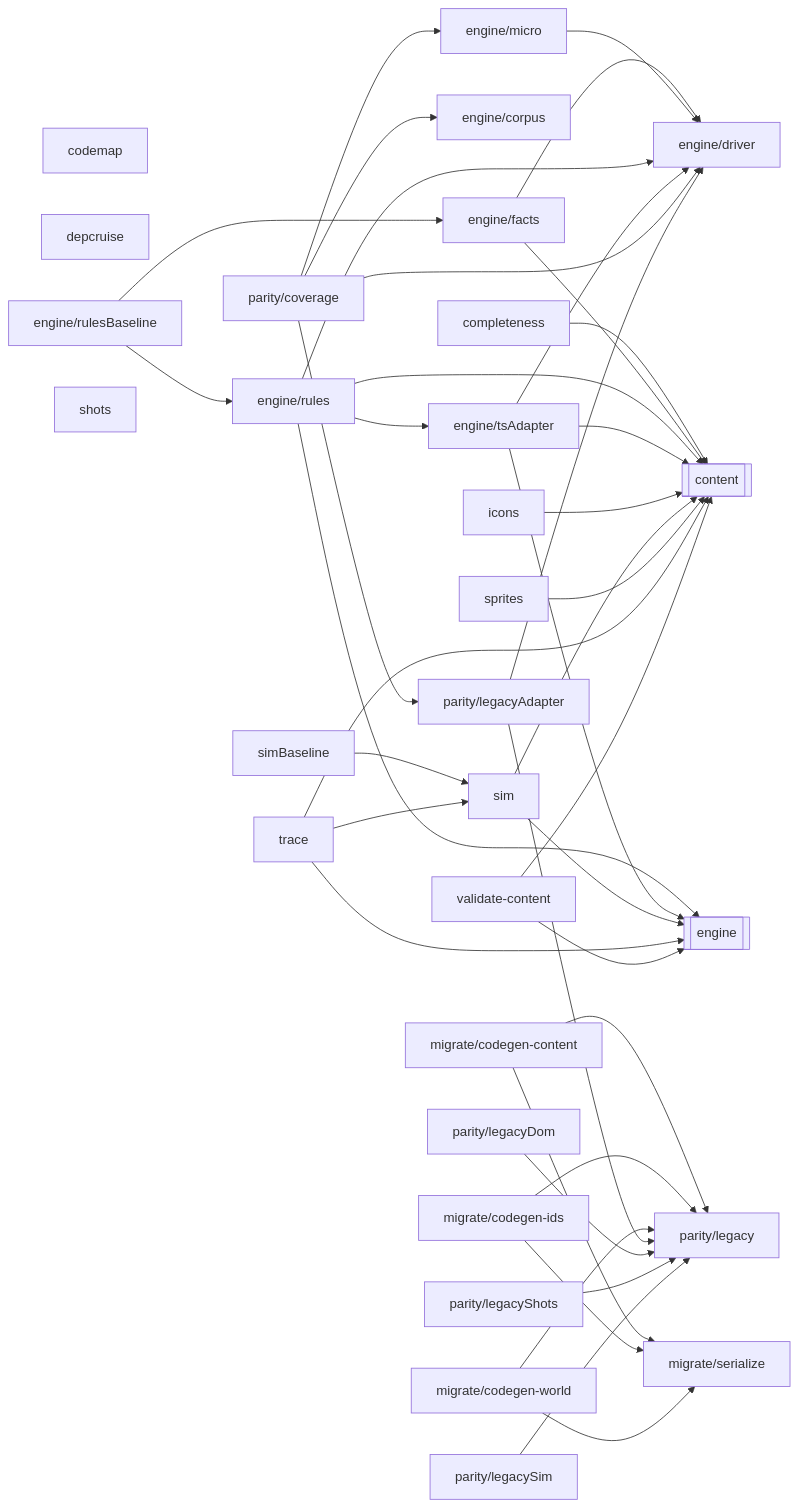
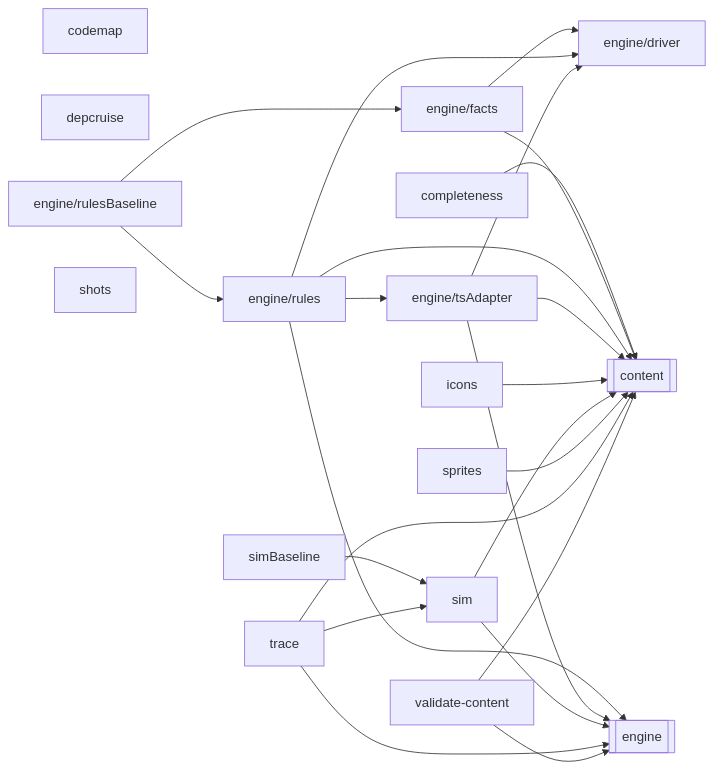
Before and after one commit to OrangeB0lt/Cyber-funk: the diagram in docs/reference/code-map/tools.md, drawn with Mermaid. The commit also changed other lines of this file and 77 other files, not shown here.

````diff
--- a/docs/reference/code-map/tools.md
+++ b/docs/reference/code-map/tools.md
@@ -11,70 +11,42 @@
 ```mermaid
 flowchart LR
   n_codemap["codemap"]
   n_completeness["completeness"]
   n_depcruise["depcruise"]
-  n_engine_corpus["engine/corpus"]
   n_engine_driver["engine/driver"]
   n_engine_facts["engine/facts"]
-  n_engine_micro["engine/micro"]
   n_engine_rules["engine/rules"]
   n_engine_rulesBaseline["engine/rulesBaseline"]
   n_engine_tsAdapter["engine/tsAdapter"]
   n_icons["icons"]
-  n_migrate_codegen_content["migrate/codegen-content"]
-  n_migrate_codegen_ids["migrate/codegen-ids"]
-  n_migrate_codegen_world["migrate/codegen-world"]
-  n_migrate_serialize["migrate/serialize"]
-  n_parity_coverage["parity/coverage"]
-  n_parity_legacy["parity/legacy"]
-  n_parity_legacyAdapter["parity/legacyAdapter"]
-  n_parity_legacyDom["parity/legacyDom"]
-  n_parity_legacyShots["parity/legacyShots"]
-  n_parity_legacySim["parity/legacySim"]
   n_shots["shots"]
   n_sim["sim"]
   n_simBaseline["simBaseline"]
   n_sprites["sprites"]
   n_trace["trace"]
   n_validate_content["validate-content"]
   n_ext_content[["content"]]
   n_ext_engine[["engine"]]
   n_completeness --> n_ext_content
   n_engine_facts --> n_engine_driver
   n_engine_facts --> n_ext_content
-  n_engine_micro --> n_engine_driver
   n_engine_rules --> n_engine_driver
   n_engine_rules --> n_engine_tsAdapter
   n_engine_rules --> n_ext_content
   n_engine_rules --> n_ext_engine
   n_engine_rulesBaseline --> n_engine_facts
   n_engine_rulesBaseline --> n_engine_rules
   n_engine_tsAdapter --> n_engine_driver
   n_engine_tsAdapter --> n_ext_content
   n_engine_tsAdapter --> n_ext_engine
   n_icons --> n_ext_content
-  n_migrate_codegen_content --> n_migrate_serialize
-  n_migrate_codegen_content --> n_parity_legacy
-  n_migrate_codegen_ids --> n_migrate_serialize
-  n_migrate_codegen_ids --> n_parity_legacy
-  n_migrate_codegen_world --> n_migrate_serialize
-  n_migrate_codegen_world --> n_parity_legacy
-  n_parity_coverage --> n_engine_corpus
-  n_parity_coverage --> n_engine_driver
-  n_parity_coverage --> n_engine_micro
-  n_parity_coverage --> n_parity_legacyAdapter
-  n_parity_legacyAdapter --> n_engine_driver
-  n_parity_legacyAdapter --> n_parity_legacy
-  n_parity_legacyDom --> n_parity_legacy
-  n_parity_legacyShots --> n_parity_legacy
-  n_parity_legacySim --> n_parity_legacy
   n_sim --> n_ext_content
   n_sim --> n_ext_engine
   n_simBaseline --> n_sim
   n_sprites --> n_ext_content
   n_trace --> n_ext_content
   n_trace --> n_ext_engine
   n_trace --> n_sim
   n_validate_content --> n_ext_content
   n_validate_content --> n_ext_engine
 ```
````
